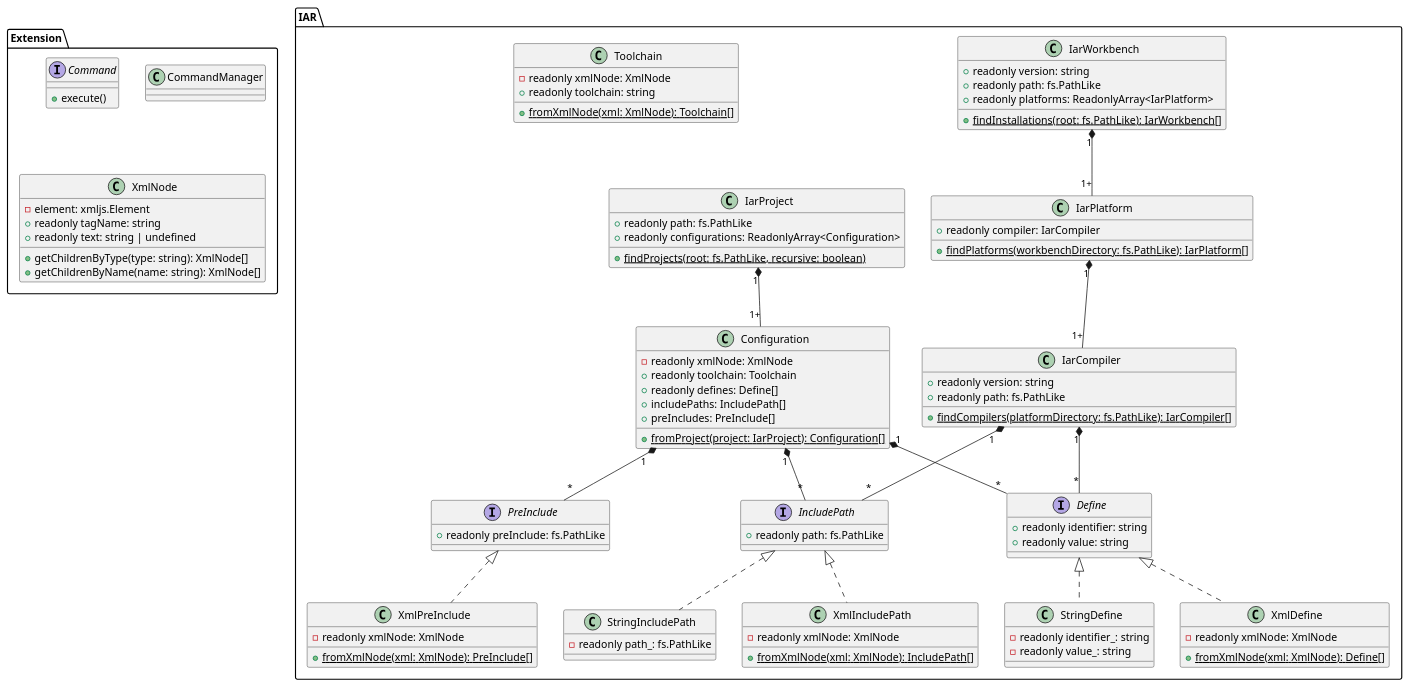
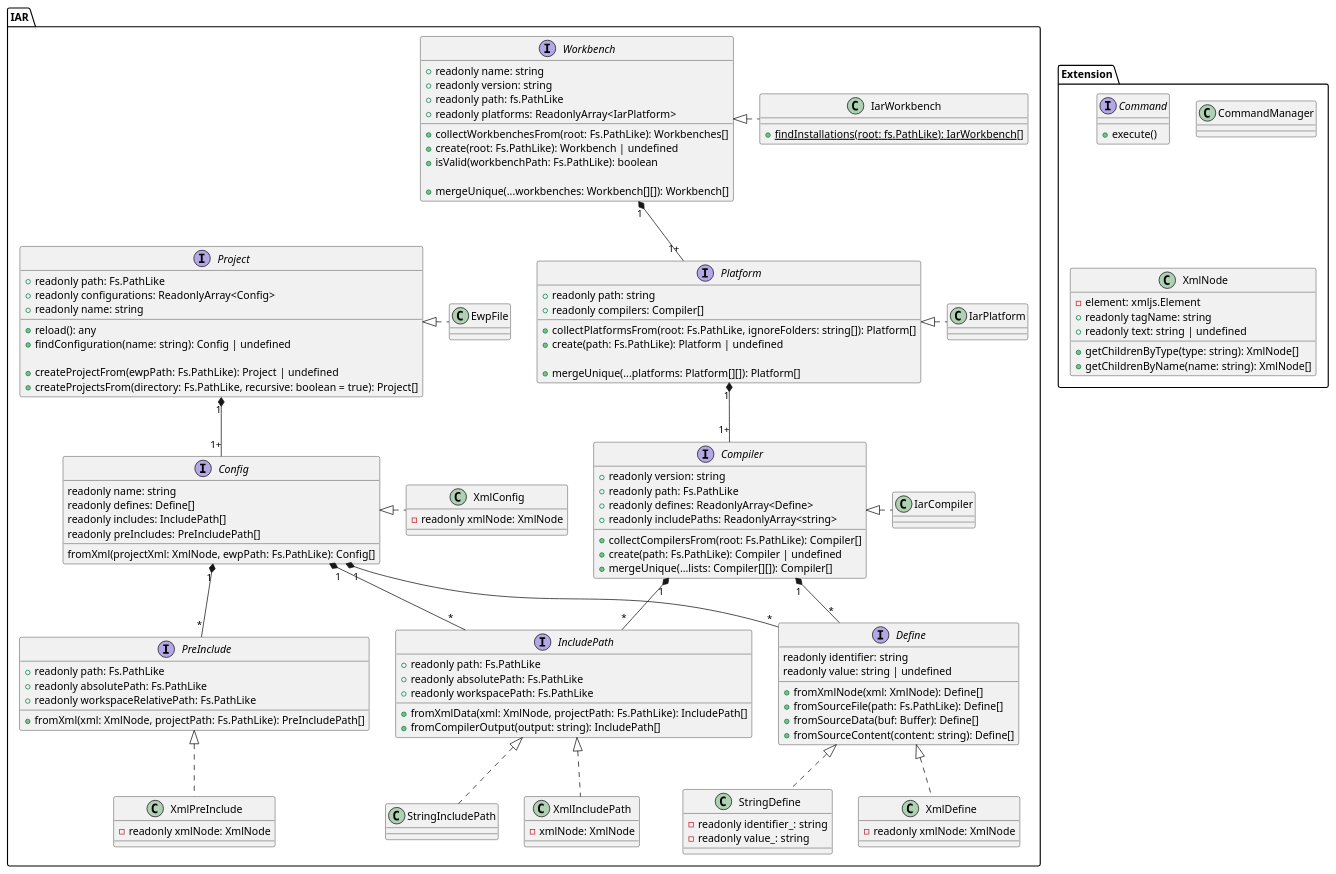
One commit to iarsystems/iar-vsc-build changed the diagram in Documentation/plantuml/src/class_diagram.puml. Above: the diagram before and after it, drawn with PlantUML.

Commit message:
Update class diagram to current status

```diff
--- a/Documentation/plantuml/src/class_diagram.puml
+++ b/Documentation/plantuml/src/class_diagram.puml
@@ -1,128 +1,172 @@
 @startuml class-diagram
 
 package IAR {
-    class IarWorkbench {
+
+    interface Workbench {
+        +readonly name: string
         +readonly version: string
         +readonly path: fs.PathLike
         +readonly platforms: ReadonlyArray<IarPlatform>
+        
+        +collectWorkbenchesFrom(root: Fs.PathLike): Workbenches[]
+        +create(root: Fs.PathLike): Workbench | undefined
+        +isValid(workbenchPath: Fs.PathLike): boolean
+
+        +mergeUnique(...workbenches: Workbench[][]): Workbench[]
+    }
+
+    class IarWorkbench {
 
         +{static} findInstallations(root: fs.PathLike): IarWorkbench[]
     }
 
+    interface Platform {
+        +readonly path: string
+        +readonly compilers: Compiler[]
+
+        +collectPlatformsFrom(root: Fs.PathLike, ignoreFolders: string[]): Platform[]
+        +create(path: Fs.PathLike): Platform | undefined
+
+        +mergeUnique(...platforms: Platform[][]): Platform[]
+    }
+
     class IarPlatform {
-        +readonly compiler: IarCompiler
+    }
 
-        +{static} findPlatforms(workbenchDirectory: fs.PathLike): IarPlatform[]
+    interface Compiler {
+        +readonly version: string
+        +readonly path: Fs.PathLike
+        +readonly defines: ReadonlyArray<Define>
+        +readonly includePaths: ReadonlyArray<string>
+
+        +collectCompilersFrom(root: Fs.PathLike): Compiler[]
+        +create(path: Fs.PathLike): Compiler | undefined
+        +mergeUnique(...lists: Compiler[][]): Compiler[]
     }
 
     class IarCompiler {
-        +readonly version: string
-        +readonly path: fs.PathLike
-
-        +{static} findCompilers(platformDirectory: fs.PathLike): IarCompiler[]
     }
 
-    class IarProject {
-        +readonly path: fs.PathLike
-        +readonly configurations: ReadonlyArray<Configuration>
+    interface Project {
+        +readonly path: Fs.PathLike
+        +readonly configurations: ReadonlyArray<Config>
+        +readonly name: string
 
-        +{static} findProjects(root: fs.PathLike, recursive: boolean)
+        +reload(): any
+        +findConfiguration(name: string): Config | undefined
+
+        +createProjectFrom(ewpPath: Fs.PathLike): Project | undefined
+        +createProjectsFrom(directory: Fs.PathLike, recursive: boolean = true): Project[]
     }
 
-    class Configuration {
+    class EwpFile {
+    }
+
+    interface Config {
+        readonly name: string
+        readonly defines: Define[]
+        readonly includes: IncludePath[]
+        readonly preIncludes: PreIncludePath[]
+
+        fromXml(projectXml: XmlNode, ewpPath: Fs.PathLike): Config[]
+    }
+
+    class XmlConfig {
         -readonly xmlNode: XmlNode
-        +readonly toolchain: Toolchain
-        +readonly defines: Define[]
-        +includePaths: IncludePath[]
-        +preIncludes: PreInclude[]
-
-        +{static} fromProject(project: IarProject): Configuration[]
     }
 
     Interface Define {
-        +readonly identifier: string
-        +readonly value: string
+        readonly identifier: string
+        readonly value: string | undefined
+
+        +fromXmlNode(xml: XmlNode): Define[]
+        +fromSourceFile(path: Fs.PathLike): Define[]
+        +fromSourceData(buf: Buffer): Define[]
+        +fromSourceContent(content: string): Define[]
     }
 
     class XmlDefine {
         -readonly xmlNode: XmlNode
-        
-        +{static} fromXmlNode(xml: XmlNode): Define[]
     }
 
     class StringDefine {
         -readonly identifier_: string
         -readonly value_: string
     }
 
     Interface IncludePath {
-        +readonly path: fs.PathLike
+        +readonly path: Fs.PathLike
+        +readonly absolutePath: Fs.PathLike
+        +readonly workspacePath: Fs.PathLike
+
+        +fromXmlData(xml: XmlNode, projectPath: Fs.PathLike): IncludePath[]
+        +fromCompilerOutput(output: string): IncludePath[]
     }
 
     class XmlIncludePath {
-        -readonly xmlNode: XmlNode
-
-        +{static} fromXmlNode(xml: XmlNode): IncludePath[]
+        -xmlNode: XmlNode
     }
 
     class StringIncludePath {
-        -readonly path_: fs.PathLike
     }
 
     Interface PreInclude {
-        +readonly preInclude: fs.PathLike
+        +readonly path: Fs.PathLike
+        +readonly absolutePath: Fs.PathLike
+        +readonly workspaceRelativePath: Fs.PathLike
+
+        +fromXml(xml: XmlNode, projectPath: Fs.PathLike): PreIncludePath[]
     }
 
     class XmlPreInclude {
         -readonly xmlNode: XmlNode
-
-        +{static} fromXmlNode(xml: XmlNode): PreInclude[]
-    }
-
-    class Toolchain {
-        -readonly xmlNode: XmlNode
-        +readonly toolchain: string
-
-        +{static} fromXmlNode(xml: XmlNode): Toolchain[]
     }
 }
 
 package Extension {
     interface Command {
         +execute()
     }
 
     class CommandManager {
     }
 
     class XmlNode {
         -element: xmljs.Element
         +readonly tagName: string
         +readonly text: string | undefined
 
         +getChildrenByType(type: string): XmlNode[]
         +getChildrenByName(name: string): XmlNode[]
     }
 }
 
-IarWorkbench "1" *-- "1+" IarPlatform
-IarPlatform "1" *-- "1+" IarCompiler
+Workbench <|. IarWorkbench
+Platform <|. IarPlatform
+Compiler <|. IarCompiler
 
-IarProject "1" *-- "1+" Configuration
+Workbench "1" *-- "1+" Platform
+Platform "1" *-- "1+" Compiler
 
-Configuration "1" *-- "*" Define
-Configuration "1" *-- "*" IncludePath
-Configuration "1" *-- "*" PreInclude
+Project <|. EwpFile
 
-IarCompiler "1" *-- "*" Define
-IarCompiler "1" *-- "*" IncludePath
+Config <|. XmlConfig
 
 Define <|.. XmlDefine
 Define <|.. StringDefine
 
 IncludePath <|.. XmlIncludePath
 IncludePath <|.. StringIncludePath
 
 PreInclude <|.. XmlPreInclude
 
+Project "1" *-- "1+" Config
+
+Config "1" *-- "*" Define
+Config "1" *-- "*" IncludePath
+Config "1" *-- "*" PreInclude
+
+Compiler "1" *-- "*" Define
+Compiler "1" *-- "*" IncludePath
+
 @enduml
```
